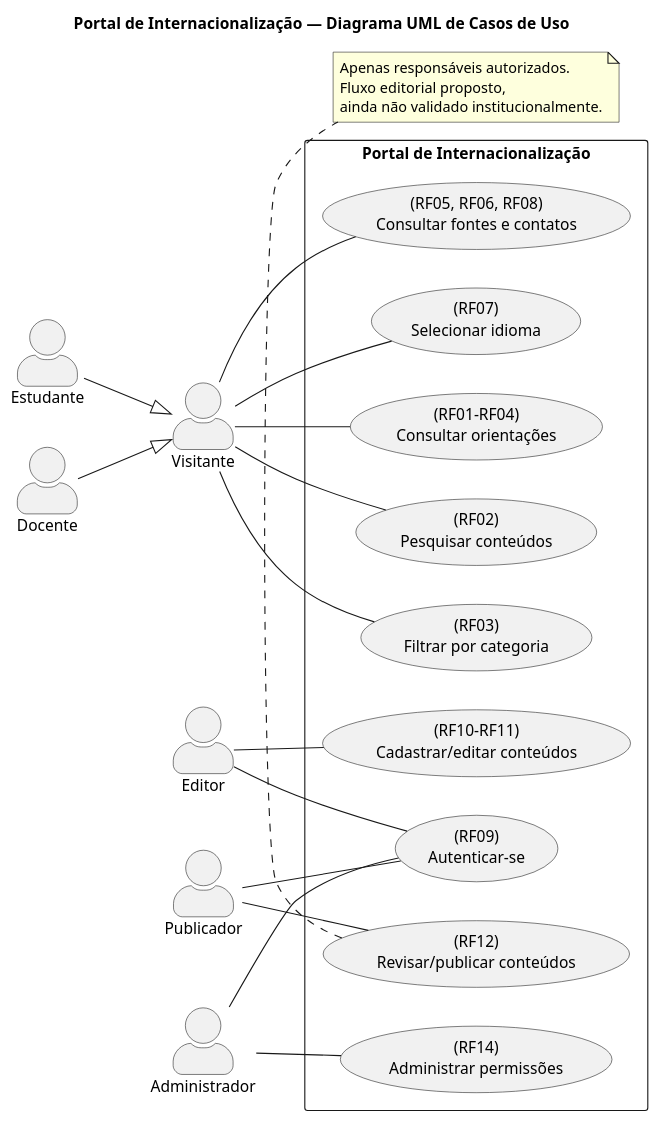
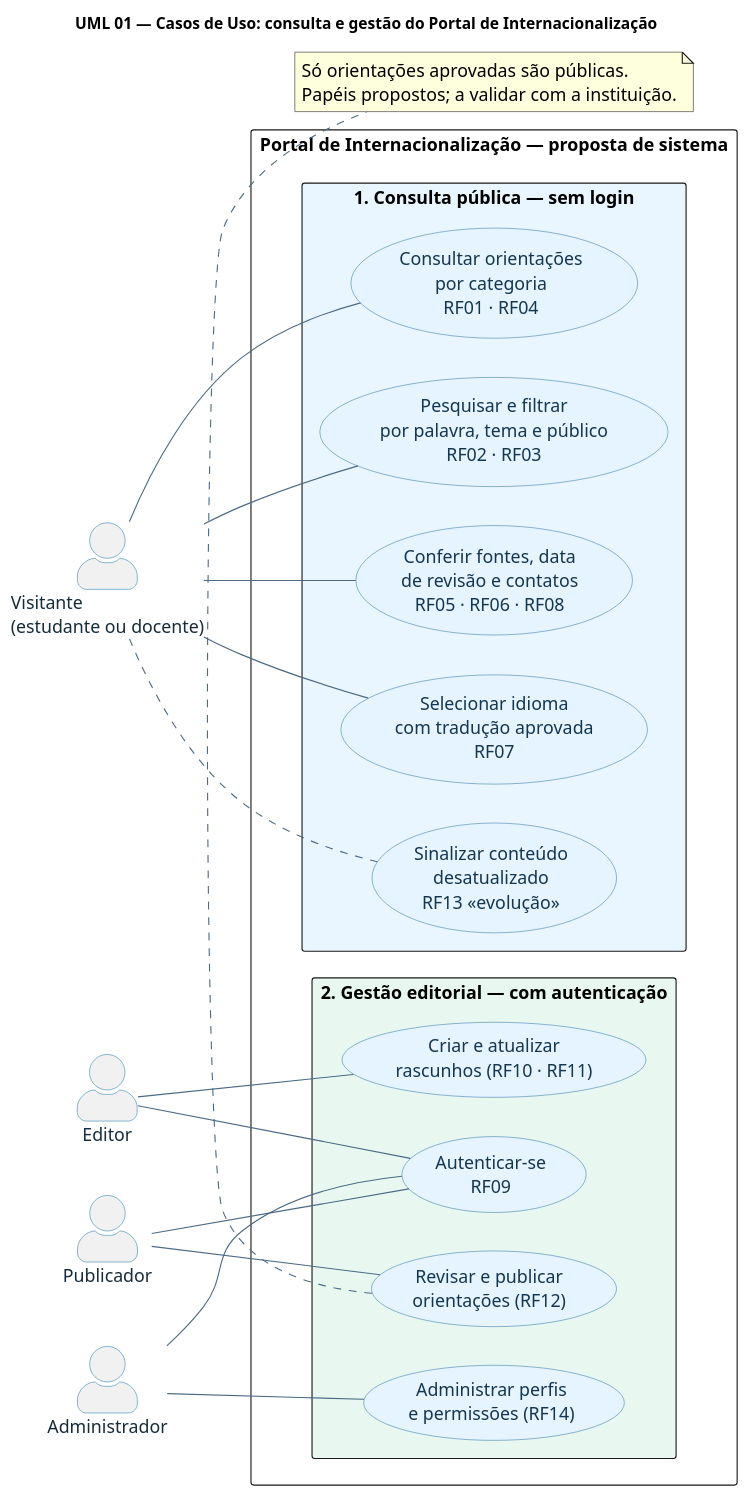
One commit to Ruan-levi/-requisitos-20262--grupo08 changed the diagram in diagrams/01-casos-de-uso.puml. Above: the diagram before and after it, drawn with PlantUML. The commit also changed 8 other files, not shown here.

Commit message:
docs(uml): redesenhar 3 diagramas e preparar roteiro visual de apresentacao

```diff
--- a/diagrams/01-casos-de-uso.puml
+++ b/diagrams/01-casos-de-uso.puml
@@ -1,46 +1,53 @@
 @startuml
-title Portal de Internacionalização — Diagrama UML de Casos de Uso
+' Portal de Internacionalização · Grupo 08 · Proposta 4 · Sprint M1
+title UML 01 — Casos de Uso: consulta e gestão do Portal de Internacionalização
 left to right direction
+skinparam backgroundColor #FFFFFF
 skinparam shadowing false
+skinparam defaultFontName Arial
+skinparam defaultFontSize 16
+skinparam ArrowColor #4C6A86
+skinparam actorStyle awesome
 skinparam packageStyle rectangle
-skinparam actorStyle awesome
+skinparam UsecaseBackgroundColor #E5F4FF
+skinparam UsecaseBorderColor #377BA8
+skinparam UsecaseFontColor #143650
+skinparam ActorBorderColor #277FB0
+skinparam ActorFontColor #172C3B
 
-actor "Visitante" as Visitante
-actor "Estudante" as Estudante
-actor "Docente" as Docente
-actor "Editor" as Editor
-actor "Publicador" as Publicador
-actor "Administrador" as Administrador
+actor "Visitante\n(estudante ou docente)" as V
+actor "Editor" as ED
+actor "Publicador" as PUB
+actor "Administrador" as ADM
 
-Estudante --|> Visitante
-Docente --|> Visitante
-
-rectangle "Portal de Internacionalização" {
-  usecase "(RF01–RF04)\nConsultar orientações" as UC1
-  usecase "(RF02)\nPesquisar conteúdos" as UC2
-  usecase "(RF03)\nFiltrar por categoria" as UC3
-  usecase "(RF05, RF06, RF08)\nConsultar fontes e contatos" as UC4
-  usecase "(RF07)\nSelecionar idioma" as UC5
-  usecase "(RF09)\nAutenticar-se" as UC6
-  usecase "(RF10–RF11)\nCadastrar/editar conteúdos" as UC7
-  usecase "(RF12)\nRevisar/publicar conteúdos" as UC8
-  usecase "(RF14)\nAdministrar permissões" as UC9
+rectangle "Portal de Internacionalização — proposta de sistema" {
+ package "1. Consulta pública — sem login" #EAF6FF {
+  usecase "Consultar orientações\npor categoria\nRF01 · RF04" as UC1
+  usecase "Pesquisar e filtrar\npor palavra, tema e público\nRF02 · RF03" as UC2
+  usecase "Conferir fontes, data\nde revisão e contatos\nRF05 · RF06 · RF08" as UC3
+  usecase "Selecionar idioma\ncom tradução aprovada\nRF07" as UC4
+  usecase "Sinalizar conteúdo\ndesatualizado\nRF13 <<evolução>>" as UC5
+ }
+ package "2. Gestão editorial — com autenticação" #E8F8F1 {
+  usecase "Autenticar-se\nRF09" as LOGIN
+  usecase "Criar e atualizar\nrascunhos (RF10 · RF11)" as EDIT
+  usecase "Revisar e publicar\norientações (RF12)" as PUBLISH
+  usecase "Administrar perfis\ne permissões (RF14)" as ADMIN
+ }
 }
-Visitante -- UC1
-Visitante -- UC2
-Visitante -- UC3
-Visitante -- UC4
-Visitante -- UC5
-Editor -- UC6
-Editor -- UC7
-Publicador -- UC6
-Publicador -- UC8
-Administrador -- UC6
-Administrador -- UC9
-
-note bottom of UC8
-  Apenas responsáveis autorizados.
-  Fluxo editorial proposto,
-  ainda não validado institucionalmente.
+V -- UC1
+V -- UC2
+V -- UC3
+V -- UC4
+V .. UC5
+ED -- LOGIN
+ED -- EDIT
+PUB -- LOGIN
+PUB -- PUBLISH
+ADM -- LOGIN
+ADM -- ADMIN
+note bottom of PUBLISH
+ Só orientações aprovadas são públicas.
+ Papéis propostos; a validar com a instituição.
 end note
 @enduml
```
